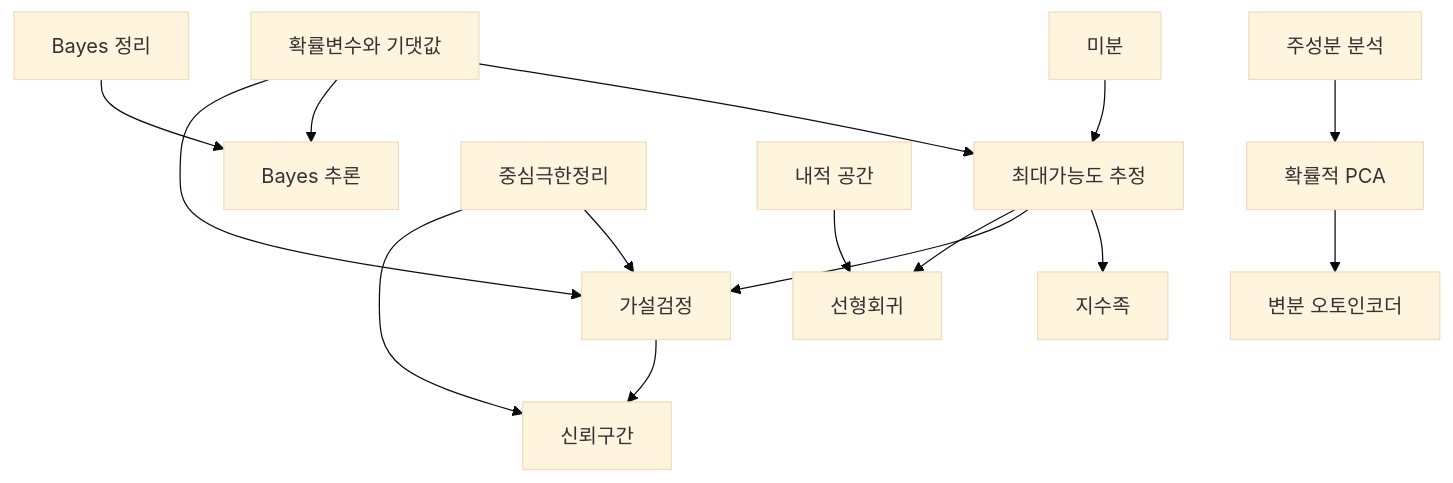
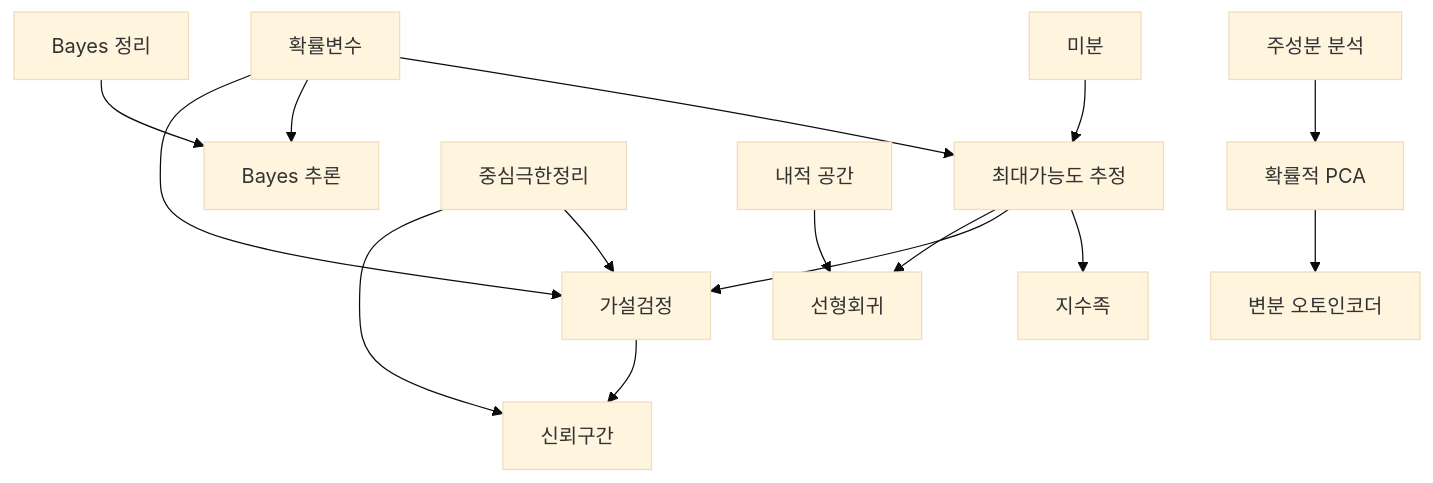
One commit to Phryxia/math-map changed the diagram in docs/statistics-overview.md. Above: the diagram before and after it, drawn with Mermaid (base theme). The commit also changed other lines of this file, not shown here.

````diff
--- a/docs/statistics-overview.md
+++ b/docs/statistics-overview.md
@@ -13,17 +13,17 @@
 ```mermaid
 graph TD
   DV["미분"] --> ML["최대가능도 추정"]
-  RV["확률변수와 기댓값"] --> ML
+  RV["확률변수"] --> ML
   ML --> EF["지수족"]
   BY["Bayes 정리"] --> BI["Bayes 추론"]
   RV --> BI
   ML --> HT["가설검정"]
   RV --> HT
   CLT["중심극한정리"] --> HT
   HT --> CI["신뢰구간"]
   CLT --> CI
   IP["내적 공간"] --> LR["선형회귀"]
   ML --> LR
   PCA["주성분 분석"] --> PPCA["확률적 PCA"]
   PPCA --> VAE["변분 오토인코더"]
 ```
````
